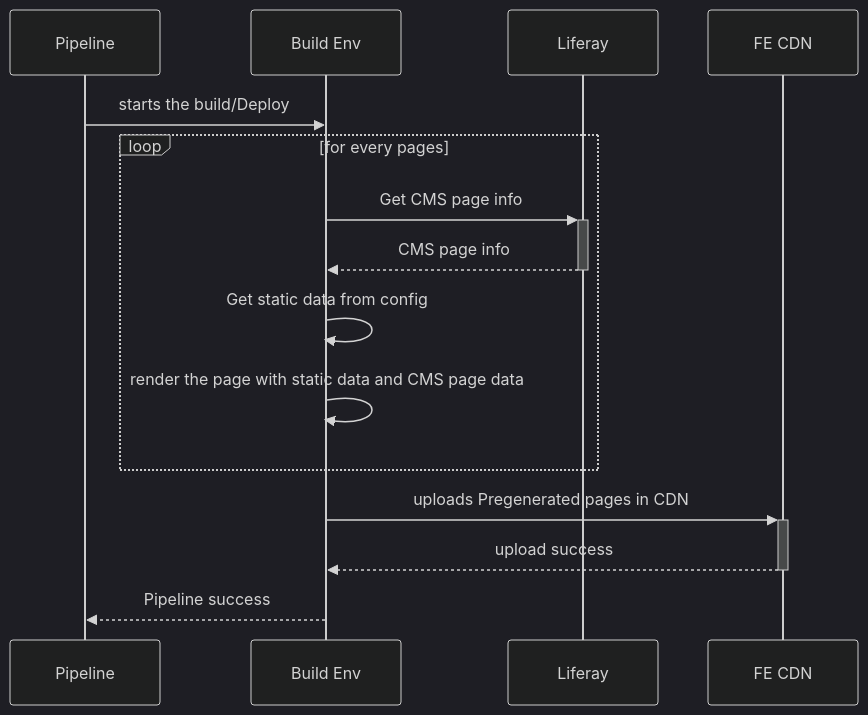
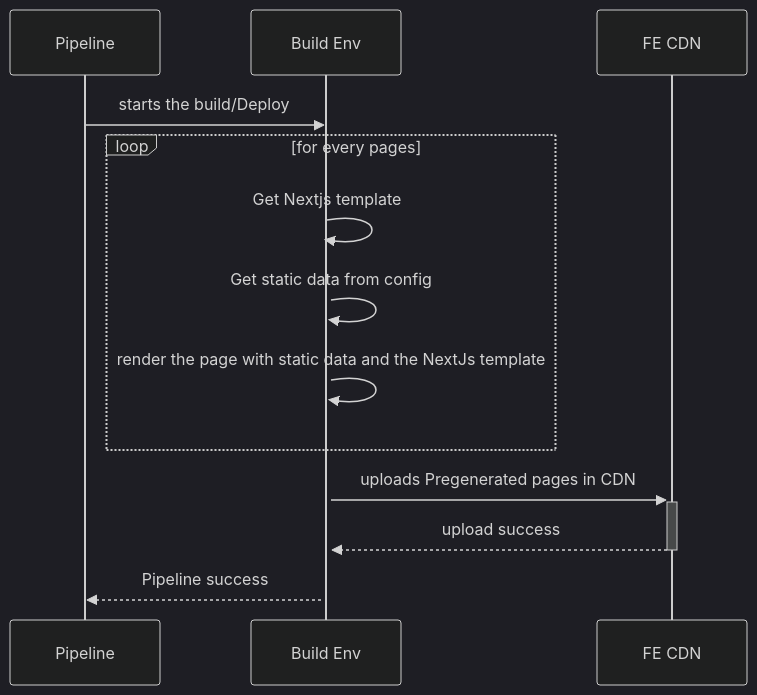
Before and after one commit to vinishanto/next-mono: the second of 3 diagrams in packages/documents/docs/HowItWorks/requestflow.md, drawn with Mermaid (dark theme). The commit also changed other lines of this file, not shown here.

Commit message:
modified the request flow diagram

````diff
--- a/packages/documents/docs/HowItWorks/requestflow.md
+++ b/packages/documents/docs/HowItWorks/requestflow.md
@@ -25,16 +30,15 @@
 ```mermaid
 sequenceDiagram
 
 Pipeline ->> Build Env : starts the build/Deploy
 
 loop for every pages
-    Build Env ->>+ Liferay : Get CMS page info
-    Liferay -->>- Build Env : CMS page info
+    Build Env ->>+ Build Env : Get Nextjs template
     Build Env ->> Build Env : Get static data from config
-    Build Env ->> Build Env : render the page with static data and CMS page data
+    Build Env ->> Build Env : render the page with static data and the NextJs template
 end
 
 Build Env ->>+ FE CDN : uploads Pregenerated pages in CDN
 FE CDN -->>- Build Env : upload success
 Build Env -->> Pipeline : Pipeline success
 ```
````
